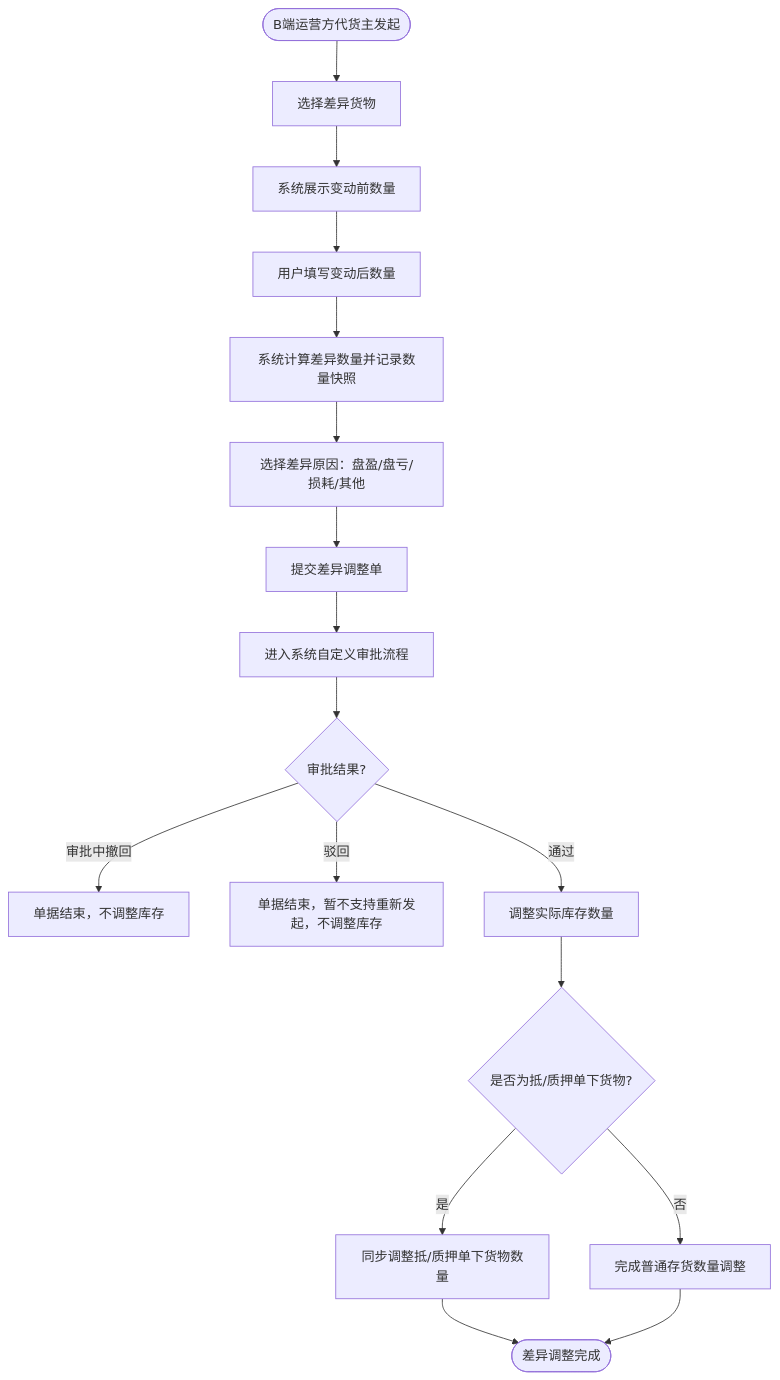
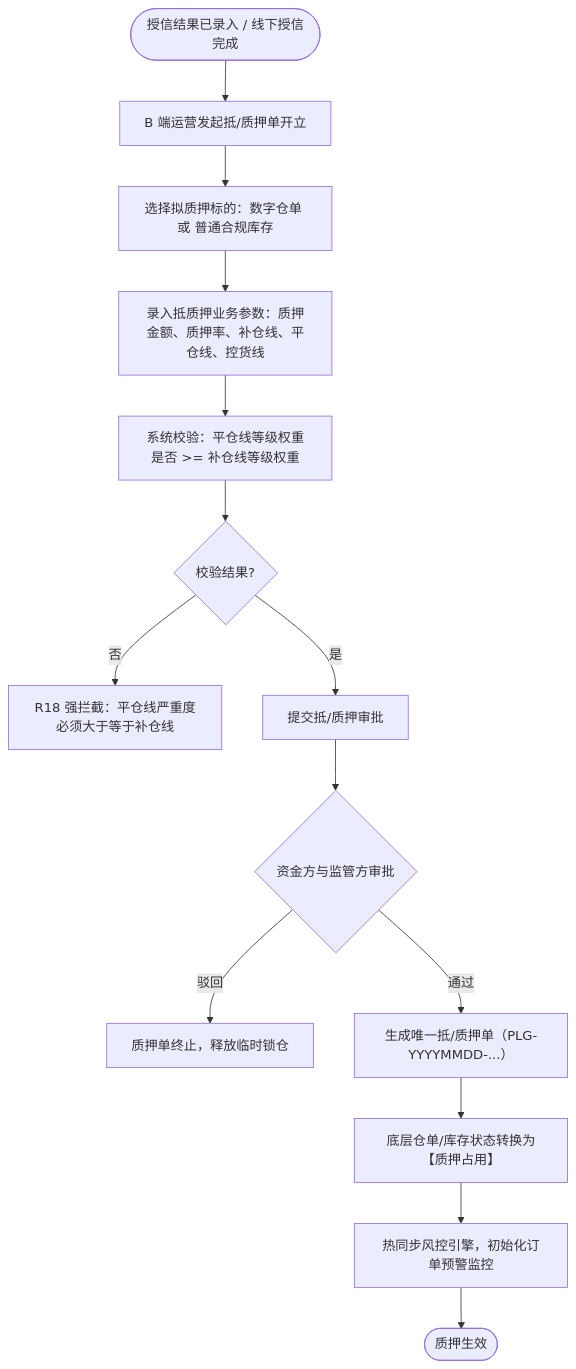
Before and after one commit to RobertHuang999/SYZC: the third of 8 diagrams in 01-项目背景/06-核心业务场景和流程.md, drawn with Mermaid. The commit also changed other lines of this file and 13 other files, not shown here.

````diff
--- a/01-项目背景/06-核心业务场景和流程.md
+++ b/01-项目背景/06-核心业务场景和流程.md
@@ -363,19 +80,16 @@
 ```mermaid
 flowchart TD
-    A([B端运营方代货主发起]) --> B[选择差异货物]
-    B --> C[系统展示变动前数量]
-    C --> D[用户填写变动后数量]
-    D --> E[系统计算差异数量并记录数量快照]
-    E --> F[选择差异原因：盘盈/盘亏/损耗/其他]
-    F --> G[提交差异调整单]
-    G --> H[进入系统自定义审批流程]
-    H --> I{审批结果?}
-    I -- 审批中撤回 --> J[单据结束，不调整库存]
-    I -- 驳回 --> K[单据结束，暂不支持重新发起，不调整库存]
-    I -- 通过 --> L[调整实际库存数量]
-    L --> M{是否为抵/质押单下货物?}
-    M -- 是 --> N[同步调整抵/质押单下货物数量]
-    M -- 否 --> O[完成普通存货数量调整]
-    N --> P([差异调整完成])
-    O --> P
+    A([授信结果已录入 / 线下授信完成]) --> B[B 端运营发起抵/质押单开立]
+    B --> C[选择拟质押标的：数字仓单 或 普通合规库存]
+    C --> D[录入抵质押业务参数：质押金额、质押率、补仓线、平仓线、控货线]
+    D --> E[系统校验：平仓线等级权重是否 >= 补仓线等级权重]
+    E --> F{校验结果?}
+    F -- 否 --> G[R18 强拦截：平仓线严重度必须大于等于补仓线]
+    F -- 是 --> H[提交抵/质押审批]
+    H --> I{资金方与监管方审批}
+    I -- 驳回 --> J[质押单终止，释放临时锁仓]
+    I -- 通过 --> K[生成唯一抵/质押单（PLG-YYYYMMDD-...）]
+    K --> L[底层仓单/库存状态转换为【质押占用】]
+    L --> M[热同步风控引擎，初始化订单预警监控]
+    M --> N([质押生效])
 ```
````
